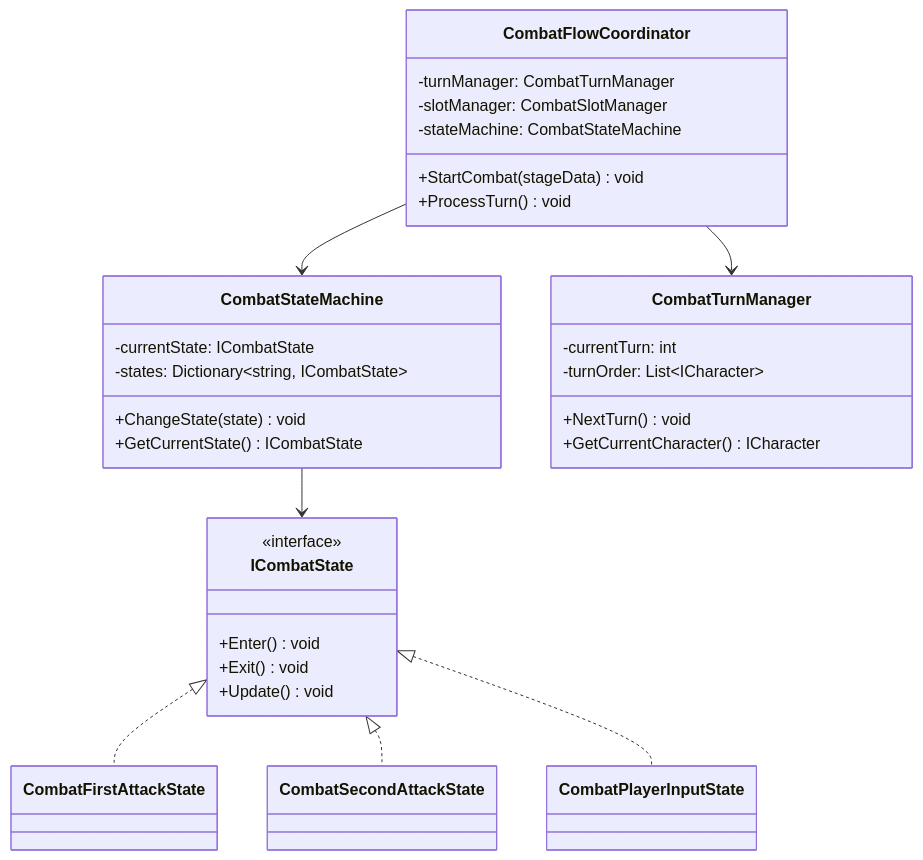
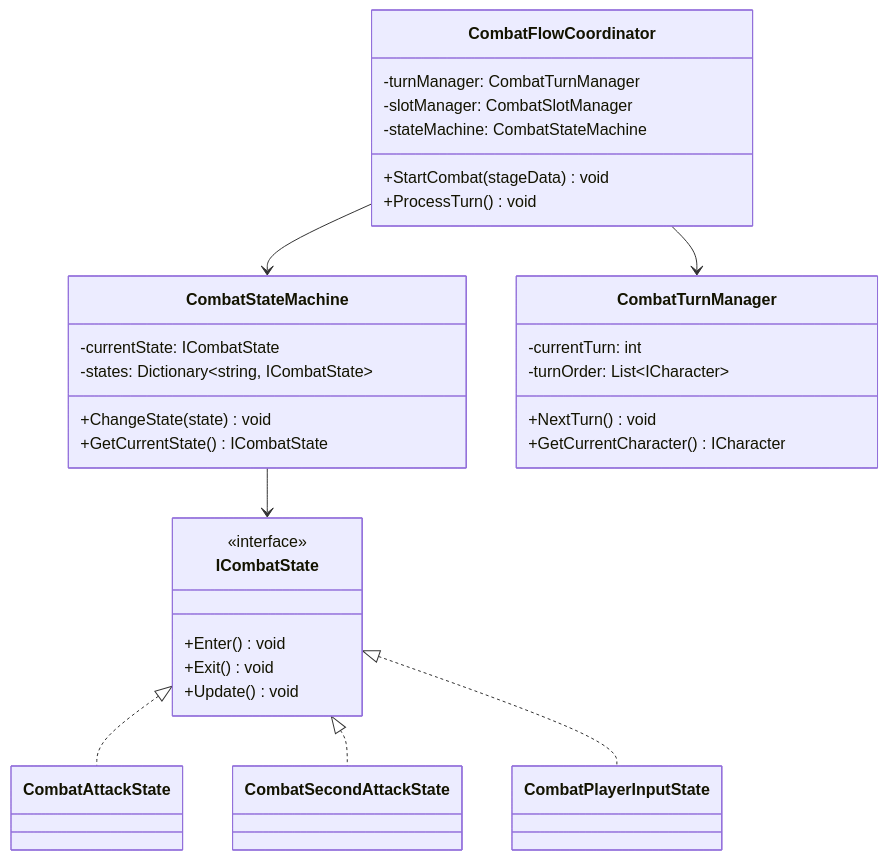
The second of 3 diagrams in Assets/Script/CombatSystem/CombatSystem_개발문서.md (rogue-school/RougeShool), drawn with Mermaid before and after one commit. The commit also changed other lines of this file and 57 other files, not shown here.

````diff
--- a/Assets/Script/CombatSystem/CombatSystem_개발문서.md
+++ b/Assets/Script/CombatSystem/CombatSystem_개발문서.md
@@ -339,38 +339,38 @@
 ```mermaid
 classDiagram
     class ICombatState {
         <<interface>>
         +Enter() void
         +Exit() void
         +Update() void
     }
     
     class CombatStateMachine {
         -currentState: ICombatState
         -states: Dictionary~string, ICombatState~
         +ChangeState(state) void
         +GetCurrentState() ICombatState
     }
     
     class CombatFlowCoordinator {
         -turnManager: CombatTurnManager
         -slotManager: CombatSlotManager
         -stateMachine: CombatStateMachine
         +StartCombat(stageData) void
         +ProcessTurn() void
     }
     
     class CombatTurnManager {
         -currentTurn: int
         -turnOrder: List~ICharacter~
         +NextTurn() void
         +GetCurrentCharacter() ICharacter
     }
     
-    ICombatState <|.. CombatFirstAttackState
+    ICombatState <|.. CombatAttackState
     ICombatState <|.. CombatSecondAttackState
     ICombatState <|.. CombatPlayerInputState
     CombatStateMachine --> ICombatState
     CombatFlowCoordinator --> CombatStateMachine
     CombatFlowCoordinator --> CombatTurnManager
 ```
````
